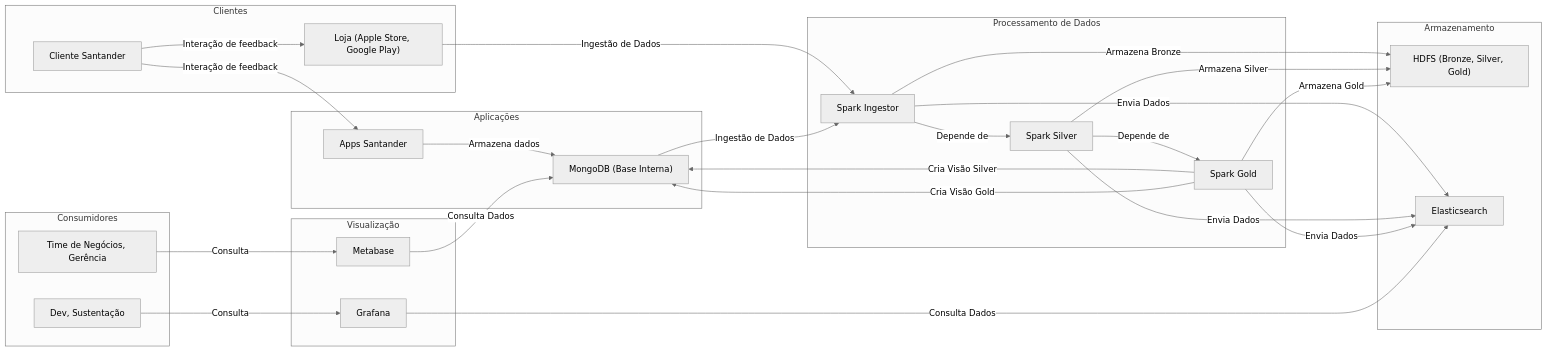
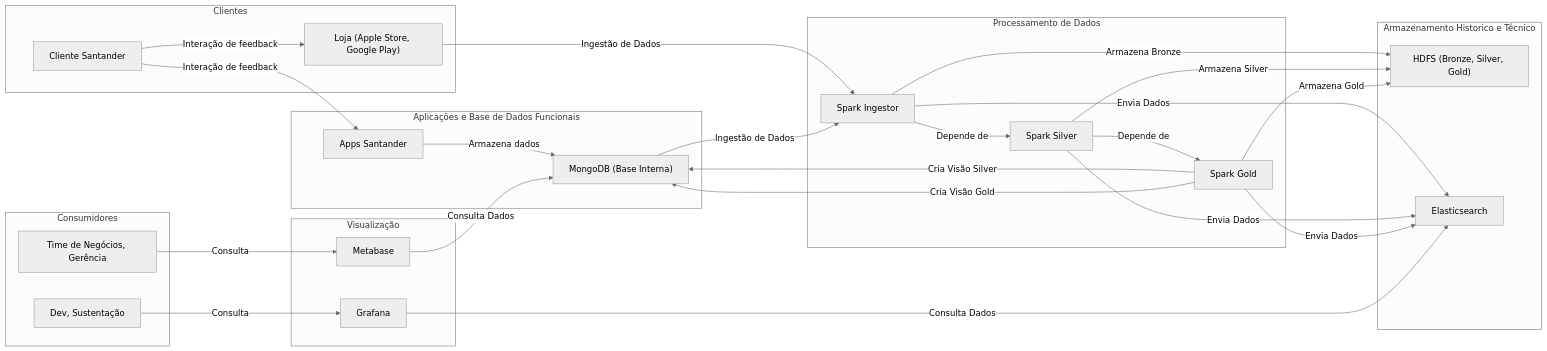
The diagram in README.md (gacarvalho/compass-deployment), drawn with Mermaid (neutral theme) before and after one commit.

````diff
--- a/README.md
+++ b/README.md
@@ -64,62 +64,62 @@
 ```mermaid
 graph LR;
     
     subgraph Clientes
         A["Cliente Santander"] 
         D["Loja (Apple Store, Google Play)"]
     end
 
-    subgraph Aplicações
+    subgraph Aplicações e Base de Dados Funcionais
         B["Apps Santander"]
         C["MongoDB (Base Interna)"]
     end
 
     subgraph Processamento de Dados
         E["Spark Ingestor"]
         G["Spark Silver"]
         H["Spark Gold"]
     end
 
-    subgraph Armazenamento
+    subgraph Armazenamento Historico e Técnico
         F["HDFS (Bronze, Silver, Gold)"]
         J["Elasticsearch"]
     end
 
     subgraph Visualização
         I["Metabase"]
         K["Grafana"]
     end
 
     subgraph Consumidores
         L["Time de Negócios, Gerência"]
         M["Dev, Sustentação"]
     end
 
     %% Fluxo de Dados
     A -->|Interação de feedback| B
     A -->|Interação de feedback| D
     B -->|Armazena dados| C
     D -->|Ingestão de Dados| E
     C -->|Ingestão de Dados| E
     E -->|Armazena Bronze| F
     E -->|Depende de| G
     E -->|Envia Dados| J
 
     G -->|Armazena Silver| F
     G -->|Depende de| H
     G -->|Envia Dados| J
 
     H -->|Armazena Gold| F
     H -->|Cria Visão Silver| C
     H -->|Cria Visão Gold| C
     H -->|Envia Dados| J
 
     I -->|Consulta Dados| C
     K -->|Consulta Dados| J
 
     L -->|Consulta| I
     M -->|Consulta| K
 
 
 
 ```
````
